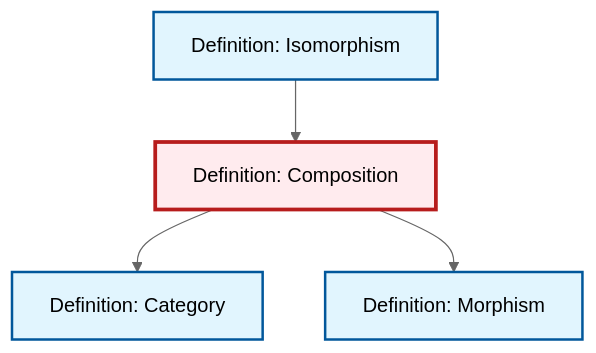
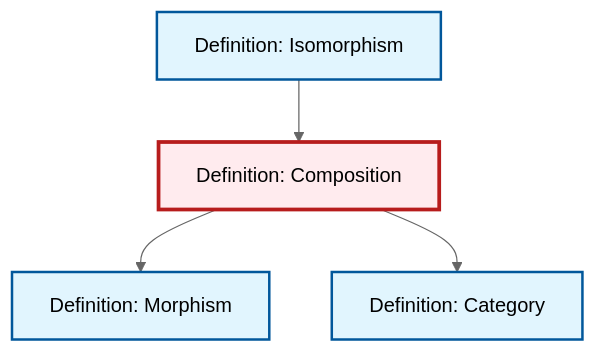
Before and after one commit to RK0429/ModernMath: the diagram in output/mermaid/def-composition.mermaid, drawn with Mermaid (neutral theme). The commit also changed other lines of this file and 1181 other files, not shown here.

```diff
--- a/output/mermaid/def-composition.mermaid
+++ b/output/mermaid/def-composition.mermaid
@@ -1,15 +1,15 @@
 %%| fig-cap: "Local dependency graph"
 graph TD
     classDef definition fill:#e1f5fe,stroke:#01579b,stroke-width:2px
     classDef theorem fill:#f3e5f5,stroke:#4a148c,stroke-width:2px
     classDef axiom fill:#fff3e0,stroke:#e65100,stroke-width:2px
     classDef example fill:#e8f5e9,stroke:#1b5e20,stroke-width:2px
     classDef current fill:#ffebee,stroke:#b71c1c,stroke-width:3px
     def-composition["Definition: Composition"]:::definition
     def-isomorphism["Definition: Isomorphism"]:::definition
+    def-category["Definition: Category"]:::definition
     def-morphism["Definition: Morphism"]:::definition
-    def-category["Definition: Category"]:::definition
+    def-isomorphism --> def-composition
+    def-composition --> def-morphism
     def-composition --> def-category
-    def-composition --> def-morphism
-    def-isomorphism --> def-composition
     class def-composition current
```
